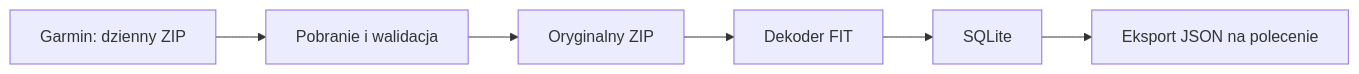
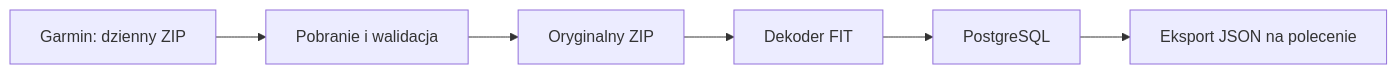
Before and after one commit to wiQ1999/GarminDatabase: the diagram in docs/03-architecture.md, drawn with Mermaid. The commit also changed other lines of this file and 46 other files, not shown here.

Commit message:
feat(storage): replace SQLite with PostgreSQL across application and tests

````diff
--- a/docs/03-architecture.md
+++ b/docs/03-architecture.md
@@ -5,8 +5,8 @@
 ```mermaid
 flowchart LR
     G[Garmin: dzienny ZIP] --> D[Pobranie i walidacja]
     D --> R[Oryginalny ZIP]
     R --> P[Dekoder FIT]
-    P --> S[SQLite]
+    P --> S[PostgreSQL]
     S --> E[Eksport JSON na polecenie]
 ```
````
